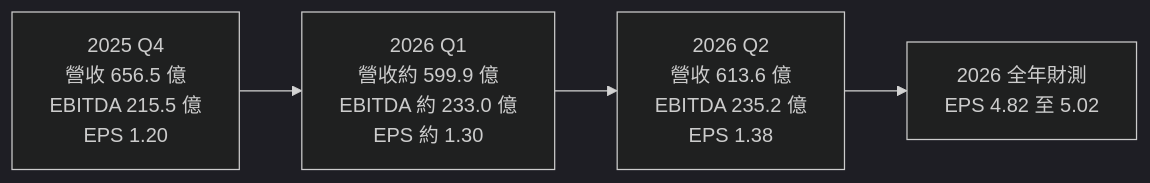
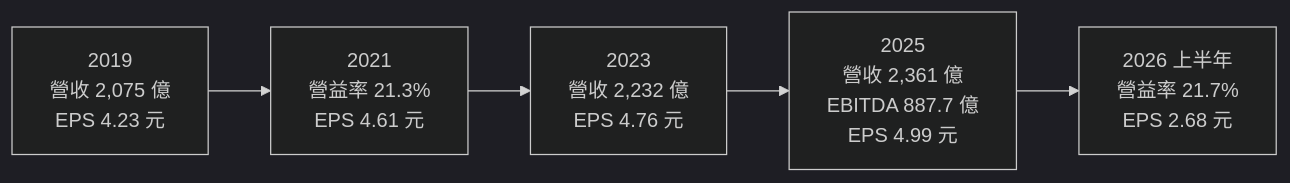
One commit to wangnick1004/taiwan-stock-vault changed the third of 4 diagrams in 個股/台股/2412中華電.md. Above: the diagram before and after it, drawn with Mermaid (dark theme). The commit also changed other lines of this file and 12 other files, not shown here.

````diff
--- a/個股/台股/2412中華電.md
+++ b/個股/台股/2412中華電.md
@@ -145,4 +146,4 @@
 ```mermaid
 flowchart LR
-    Q4["2025 Q4<br/>營收 656.5 億<br/>EBITDA 215.5 億<br/>EPS 1.20"] --> Q1["2026 Q1<br/>營收約 599.9 億<br/>EBITDA 約 233.0 億<br/>EPS 約 1.30"] --> Q2["2026 Q2<br/>營收 613.6 億<br/>EBITDA 235.2 億<br/>EPS 1.38"] --> FY["2026 全年財測<br/>EPS 4.82 至 5.02"]
+    Y19["2019<br/>營收 2,075 億<br/>EPS 4.23 元"] --> Y21["2021<br/>營益率 21.3%<br/>EPS 4.61 元"] --> Y23["2023<br/>營收 2,232 億<br/>EPS 4.76 元"] --> Y25["2025<br/>營收 2,361 億<br/>EBITDA 887.7 億<br/>EPS 4.99 元"] --> H26["2026 上半年<br/>營益率 21.7%<br/>EPS 2.68 元"]
 ```
````
